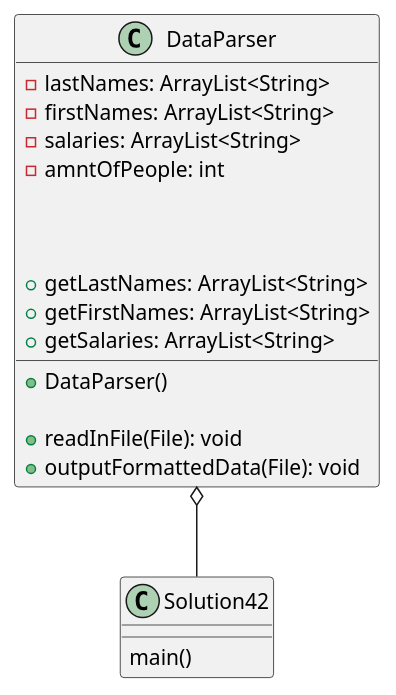
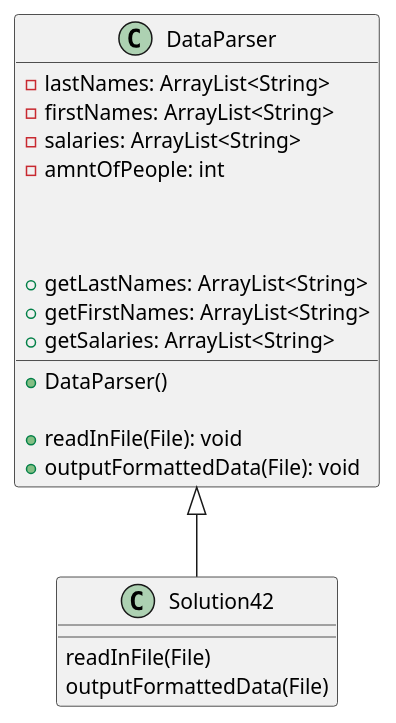
The diagram in exercise42/docs/Classes.puml (Zandroid505/Antifit-a04), drawn with PlantUML before and after one commit. The commit also changed 21 other files, not shown here.

```diff
--- a/exercise42/docs/Classes.puml
+++ b/exercise42/docs/Classes.puml
@@ -6,29 +6,30 @@
 @startuml
 'https://plantuml.com/sequence-diagram
 
-DataParser o-- Solution42
+DataParser <|-- Solution42
 
 class Solution42 {
-    main()
+    readInFile(File)
+    outputFormattedData(File)
         'Creates DataParser Object and uses it to parse data
 }
 
 class DataParser {
     - lastNames: ArrayList<String>
     - firstNames: ArrayList<String>
     - salaries: ArrayList<String>
     - amntOfPeople: int
 
     + DataParser()
         'Initializes amount of people to 0
 
     + readInFile(File): void
 
     + getLastNames: ArrayList<String>
     + getFirstNames: ArrayList<String>
     + getSalaries: ArrayList<String>
 
     + outputFormattedData(File): void
 }
 
 @enduml
```
